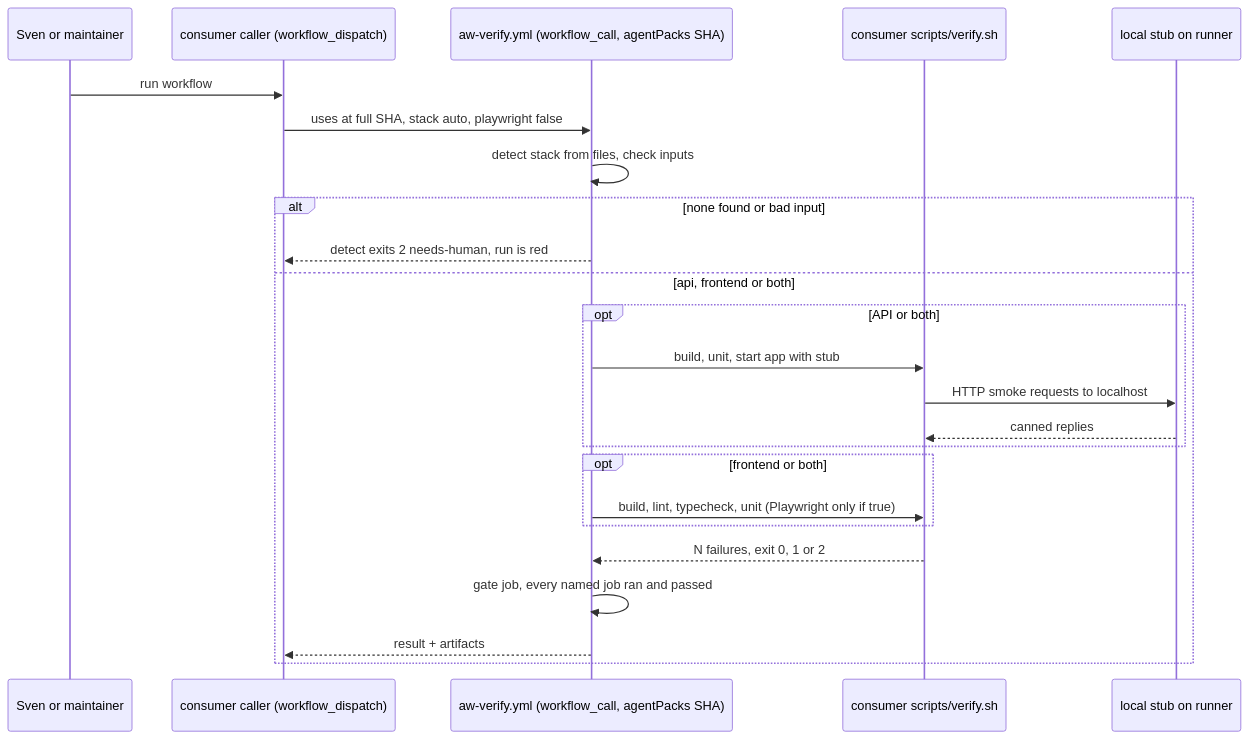
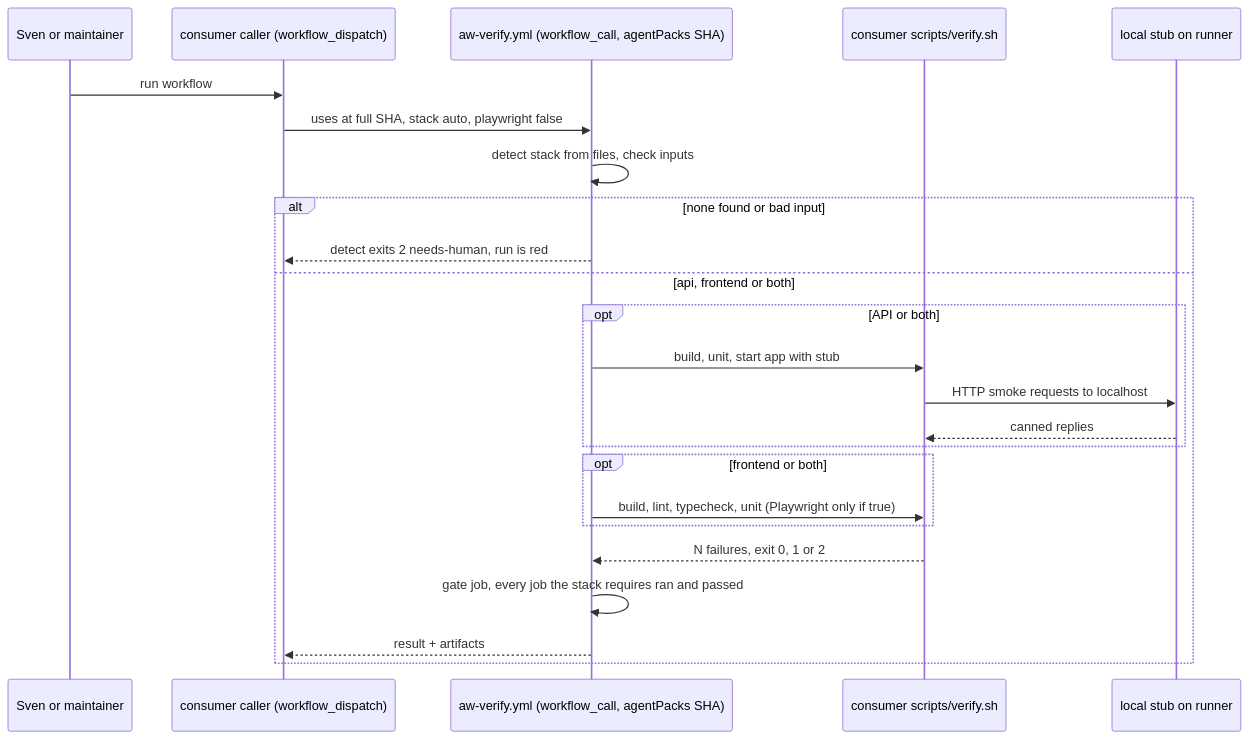
Before and after one commit to svennijhuis/agentic-workflows: the first of 2 diagrams in docs/pbi/verify/VF02.md, drawn with Mermaid. The commit also changed other lines of this file and 1 other file, not shown here.

````diff
--- a/docs/pbi/verify/VF02.md
+++ b/docs/pbi/verify/VF02.md
@@ -127,26 +147,26 @@
 ```mermaid
 sequenceDiagram
   participant H as Sven or maintainer
   participant CE as consumer caller (workflow_dispatch)
   participant T as aw-verify.yml (workflow_call, agentPacks SHA)
   participant V as consumer scripts/verify.sh
   participant S as local stub on runner
   H->>CE: run workflow
   CE->>T: uses at full SHA, stack auto, playwright false
   T->>T: detect stack from files, check inputs
   alt none found or bad input
     T-->>CE: detect exits 2 needs-human, run is red
   else api, frontend or both
     opt API or both
       T->>V: build, unit, start app with stub
       V->>S: HTTP smoke requests to localhost
       S-->>V: canned replies
     end
     opt frontend or both
       T->>V: build, lint, typecheck, unit (Playwright only if true)
     end
     V-->>T: N failures, exit 0, 1 or 2
-    T->>T: gate job, every named job ran and passed
+    T->>T: gate job, every job the stack requires ran and passed
     T-->>CE: result + artifacts
   end
 ```
````
